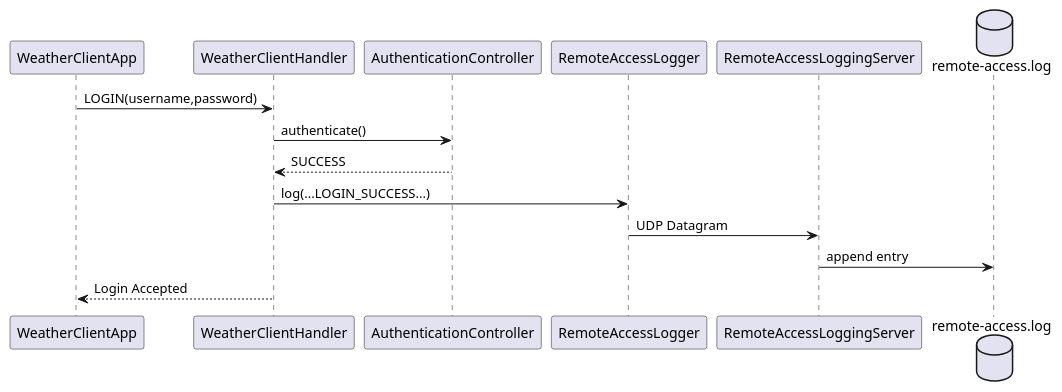
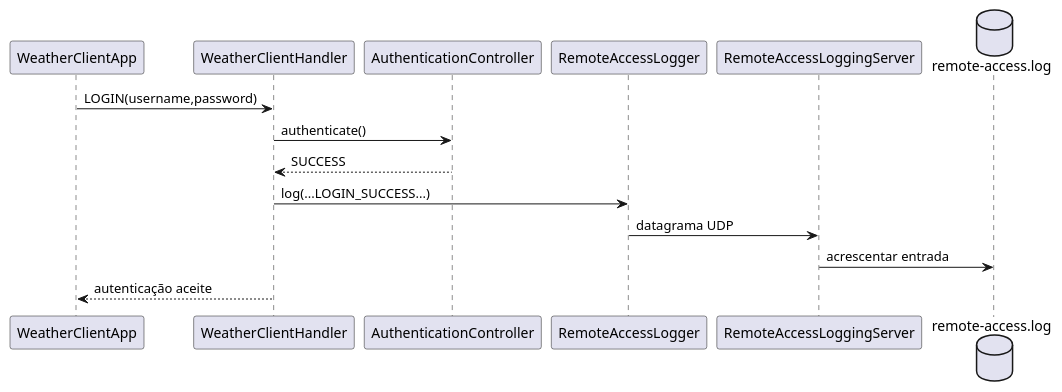
Before and after one commit to goncalolopesp/sem4pi2526-sem4pi2526_2di5: the second of 3 diagrams in docs/us_090/US090.md, drawn with PlantUML. The commit also changed other lines of this file and 2 other files, not shown here.

````diff
--- a/docs/us_090/US090.md
+++ b/docs/us_090/US090.md
@@ -335,24 +217,18 @@
 ```puml
 @startuml
-
 participant WeatherClientApp as Client
 participant WeatherClientHandler as Handler
 participant AuthenticationController as Auth
 participant RemoteAccessLogger as Logger
 participant RemoteAccessLoggingServer as LogServer
 database "remote-access.log" as LogFile
 
 Client -> Handler : LOGIN(username,password)
-
 Handler -> Auth : authenticate()
 Auth --> Handler : SUCCESS
-
 Handler -> Logger : log(...LOGIN_SUCCESS...)
-
-Logger -> LogServer : UDP Datagram
-LogServer -> LogFile : append entry
-
-Handler --> Client : Login Accepted
-
+Logger -> LogServer : datagrama UDP
+LogServer -> LogFile : acrescentar entrada
+Handler --> Client : autenticação aceite
 @enduml
 ```
````
